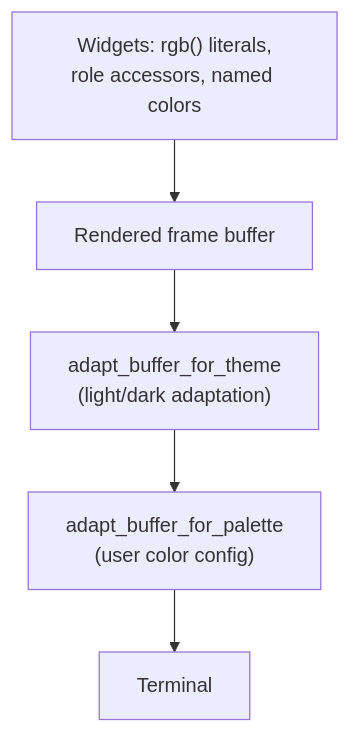
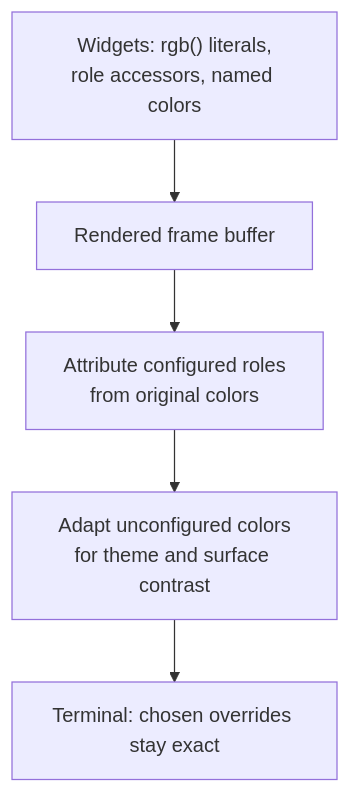
Before and after one commit to zipadoodlez/kcode: the diagram in docs/TUI_COLOR_CONFIGURATION.md, drawn with Mermaid. The commit also changed other lines of this file and 7 other files, not shown here.

Commit message:
Preserve custom color identities before light contrast repair

````diff
--- a/docs/TUI_COLOR_CONFIGURATION.md
+++ b/docs/TUI_COLOR_CONFIGURATION.md
@@ -53,7 +53,7 @@
 ```mermaid
 flowchart TD
     A["Widgets: rgb() literals,<br/>role accessors, named colors"] --> B["Rendered frame buffer"]
-    B --> C["adapt_buffer_for_theme<br/>(light/dark adaptation)"]
-    C --> D["adapt_buffer_for_palette<br/>(user color config)"]
-    D --> E[Terminal]
+    B --> C["Attribute configured roles<br/>from original colors"]
+    C --> D["Adapt unconfigured colors<br/>for theme and surface contrast"]
+    D --> E["Terminal: chosen overrides stay exact"]
 ```
````
